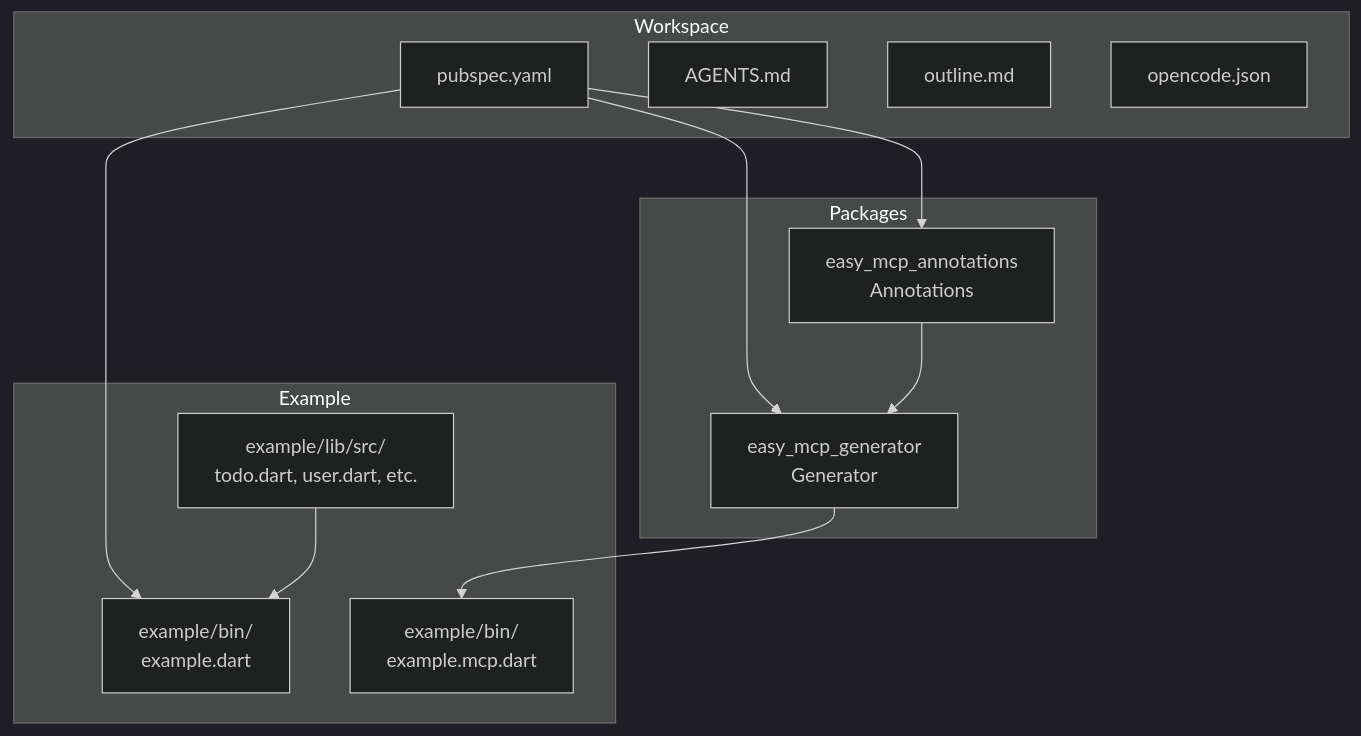
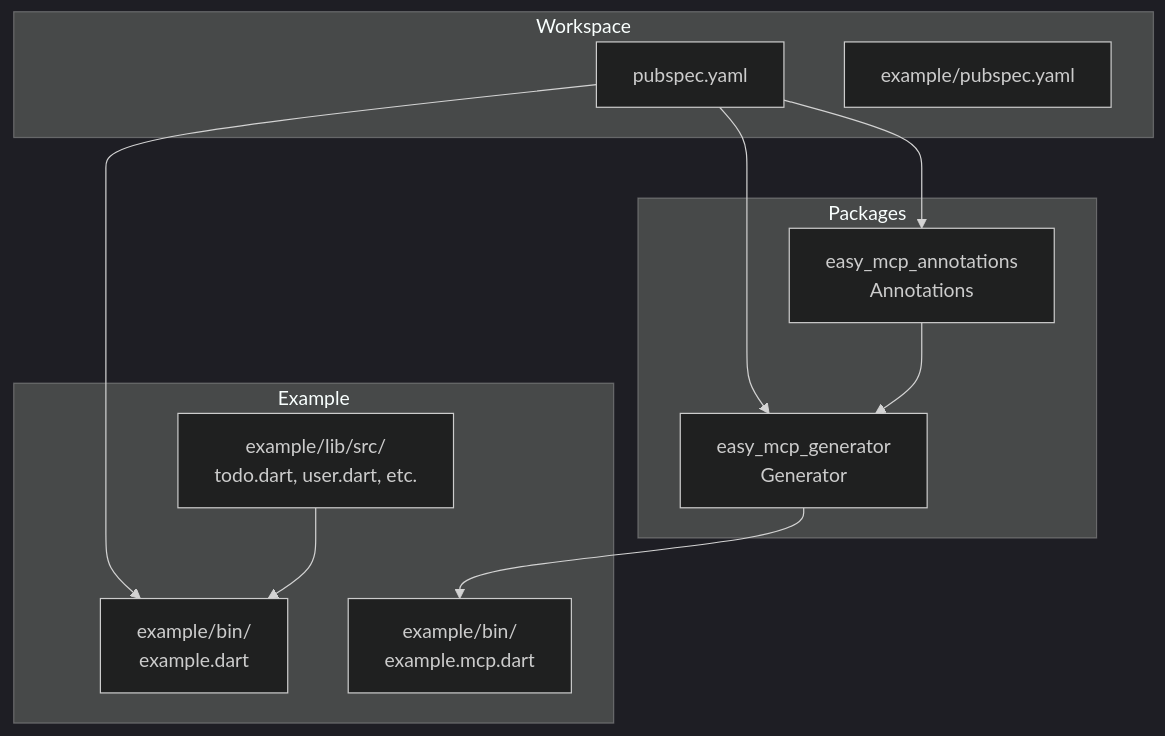
Before and after one commit to cdavis-code/easy_mcp_workspace: the first of 6 diagrams in .qoder/repowiki/en/content/Core Concepts/Model Context Protocol Fundamentals.md, drawn with Mermaid (dark theme). The commit also changed other lines of this file and 14 other files, not shown here.

````diff
--- a/.qoder/repowiki/en/content/Core Concepts/Model Context Protocol Fundamentals.md
+++ b/.qoder/repowiki/en/content/Core Concepts/Model Context Protocol Fundamentals.md
@@ -48,24 +56,22 @@
 ```mermaid
 graph TB
 subgraph "Workspace"
 WS["pubspec.yaml"]
-AG["AGENTS.md"]
-OUT["outline.md"]
-OC["opencode.json"]
+END["example/pubspec.yaml"]
 end
 subgraph "Packages"
 ANNOT["easy_mcp_annotations<br/>Annotations"]
 GEN["easy_mcp_generator<br/>Generator"]
 end
 subgraph "Example"
 EX_BIN["example/bin/<br/>example.dart"]
 EX_MCP["example/bin/<br/>example.mcp.dart"]
 EX_SRC["example/lib/src/<br/>todo.dart, user.dart, etc."]
 end
 WS --> ANNOT
 WS --> GEN
 WS --> EX_BIN
 GEN --> EX_MCP
 ANNOT --> GEN
 EX_SRC --> EX_BIN
 ```
````
